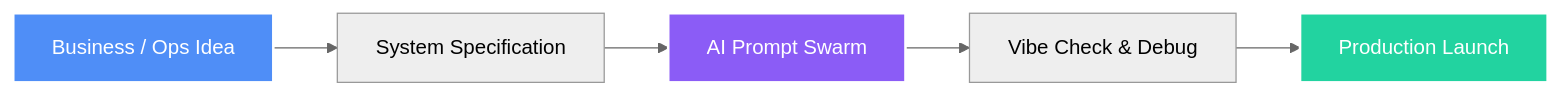
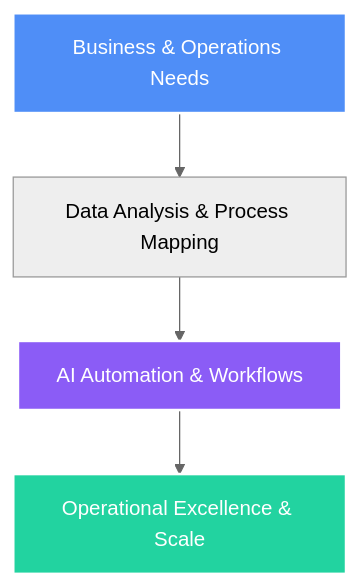
One commit to anuragggg2004/Skope changed the diagram in github_profile_readme.md. Above: the diagram before and after it, drawn with Mermaid (neutral theme). The commit also changed other lines of this file and 1 other file, not shown here.

````diff
--- a/github_profile_readme.md
+++ b/github_profile_readme.md
@@ -32,10 +32,9 @@
 ```mermaid
-graph LR
-    A[Business / Ops Idea] --> B[System Specification]
-    B --> C[AI Prompt Swarm]
-    C --> D[Vibe Check & Debug]
-    D --> E[Production Launch]
+graph TD
+    A[Business & Operations Needs] --> B[Data Analysis & Process Mapping]
+    B --> C[AI Automation & Workflows]
+    C --> D[Operational Excellence & Scale]
     style A fill:#4f8ef7,stroke:#fff,stroke-width:2px,color:#fff
     style C fill:#8b5cf6,stroke:#fff,stroke-width:2px,color:#fff
-    style E fill:#22d3a0,stroke:#fff,stroke-width:2px,color:#fff
+    style D fill:#22d3a0,stroke:#fff,stroke-width:2px,color:#fff
 ```
````
